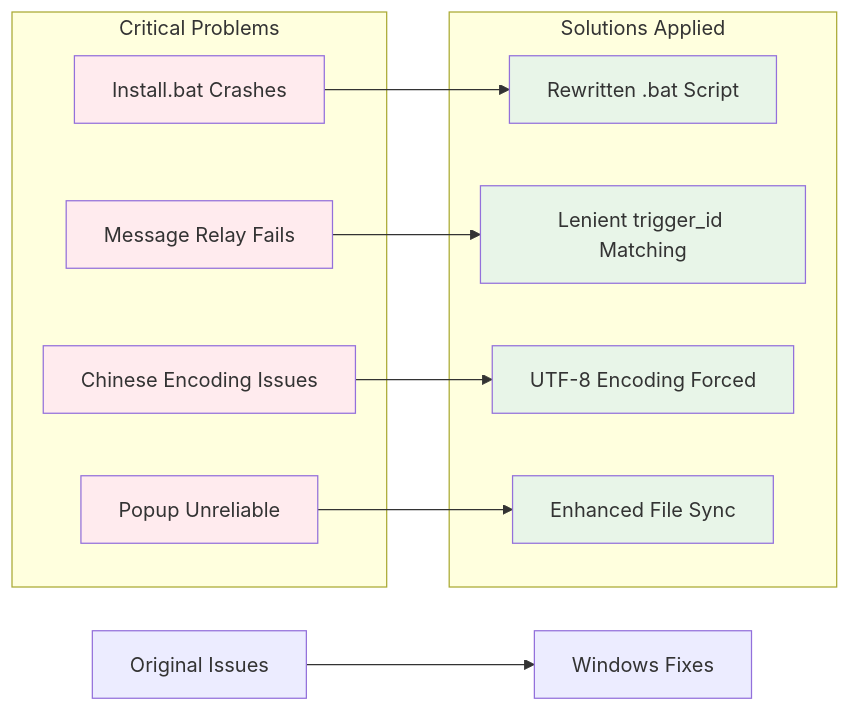
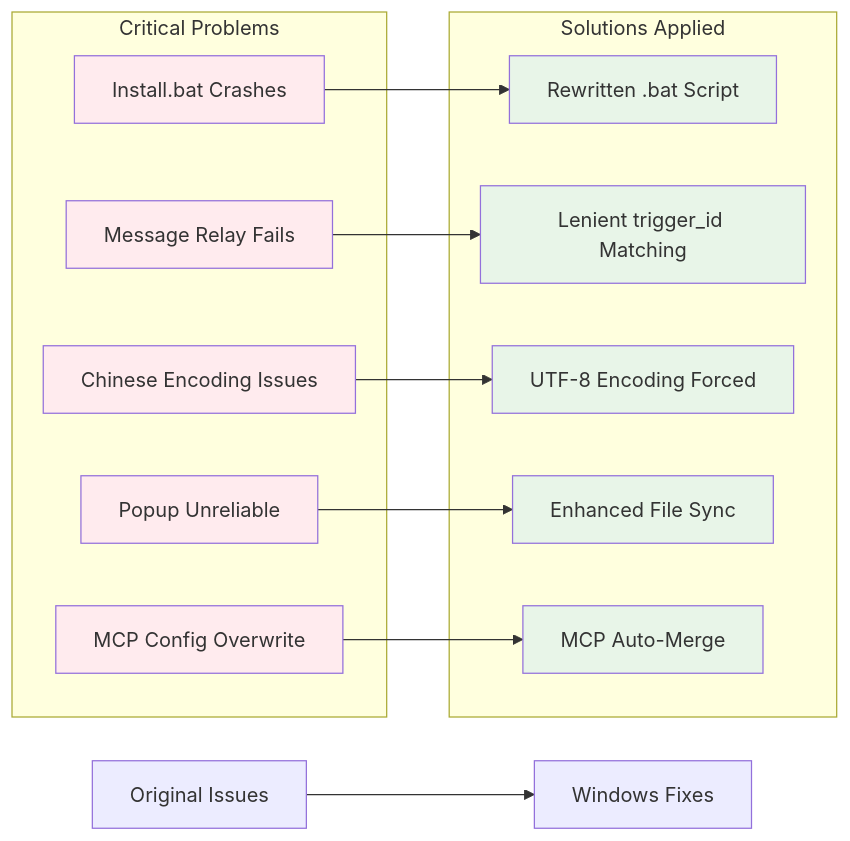
Before and after one commit to zlcggb/Review-Gate-win11-chinese: the diagram in GITHUB_ISSUE_TEXT.md, drawn with Mermaid. The commit also changed other lines of this file and 6 other files, not shown here.

````diff
--- a/GITHUB_ISSUE_TEXT.md
+++ b/GITHUB_ISSUE_TEXT.md
@@ -8,32 +8,37 @@
 ```mermaid
 graph LR
     A["Original Issues"] --> B["Windows Fixes"]
     
     subgraph "Critical Problems"
         A1["Install.bat Crashes"]
         A2["Message Relay Fails"]
         A3["Chinese Encoding Issues"]
         A4["Popup Unreliable"]
+        A5["MCP Config Overwrite"]
     end
     
     subgraph "Solutions Applied"
         B1["Rewritten .bat Script"]
         B2["Lenient trigger_id Matching"]
         B3["UTF-8 Encoding Forced"]
         B4["Enhanced File Sync"]
+        B5["MCP Auto-Merge"]
     end
     
     A1 --> B1
     A2 --> B2
     A3 --> B3
     A4 --> B4
+    A5 --> B5
     
     style A1 fill:#ffebee
     style A2 fill:#ffebee
     style A3 fill:#ffebee
     style A4 fill:#ffebee
+    style A5 fill:#ffebee
     style B1 fill:#e8f5e8
     style B2 fill:#e8f5e8
     style B3 fill:#e8f5e8
     style B4 fill:#e8f5e8
+    style B5 fill:#e8f5e8
 ```
````
